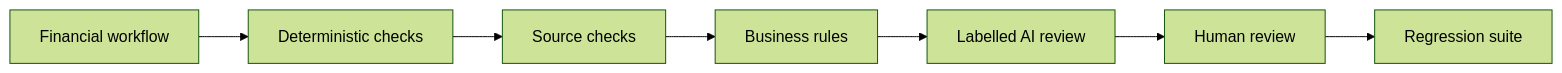
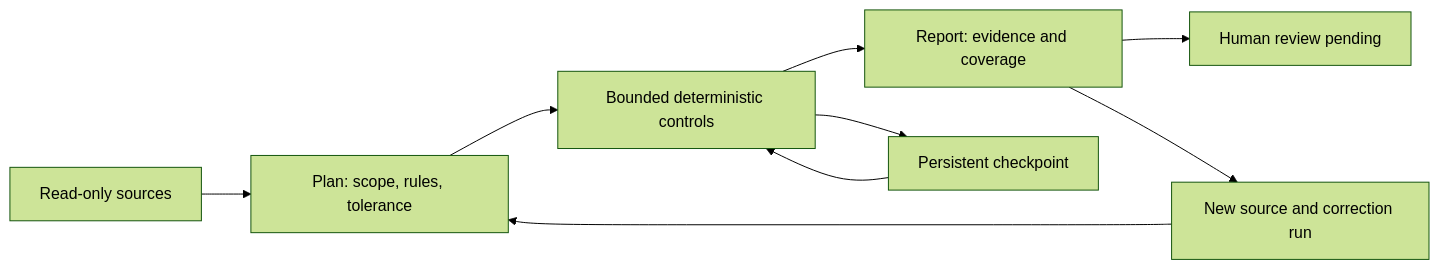
Before and after one commit to holco-apps/holco-finance-controls: the diagram in README.md, drawn with Mermaid (forest theme). The commit also changed other lines of this file and 20 other files, not shown here.

Commit message:
Release 0.4: exact verdicts, conservative Excel coverage and runnable developer workflow

````diff
--- a/README.md
+++ b/README.md
@@ -78,9 +58,11 @@
 ```mermaid
 flowchart LR
-  A[Financial workflow] --> B[Deterministic checks]
-  B --> C[Source checks]
-  C --> D[Business rules]
-  D --> E[Labelled AI review]
-  E --> F[Human review]
-  F --> G[Regression suite]
+    A[Read-only sources] --> B[Plan: scope, rules, tolerance]
+    B --> C[Bounded deterministic controls]
+    C --> D[Report: evidence and coverage]
+    C --> E[Persistent checkpoint]
+    E --> C
+    D --> F[Human review pending]
+    D --> G[New source and correction run]
+    G --> B
 ```
````
